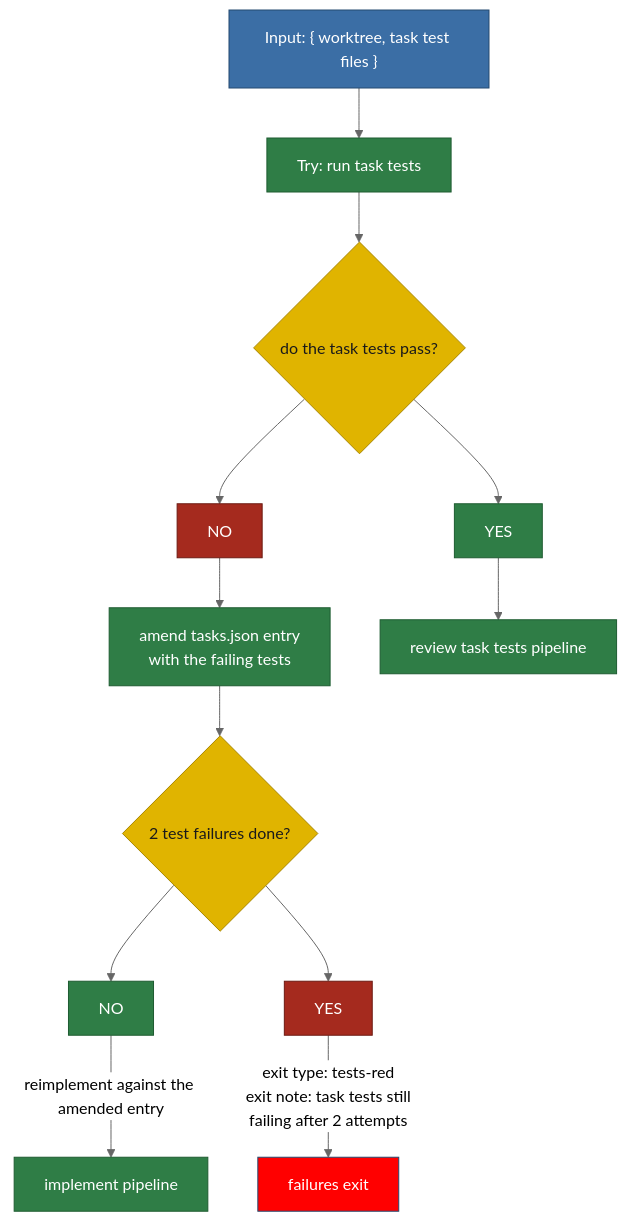
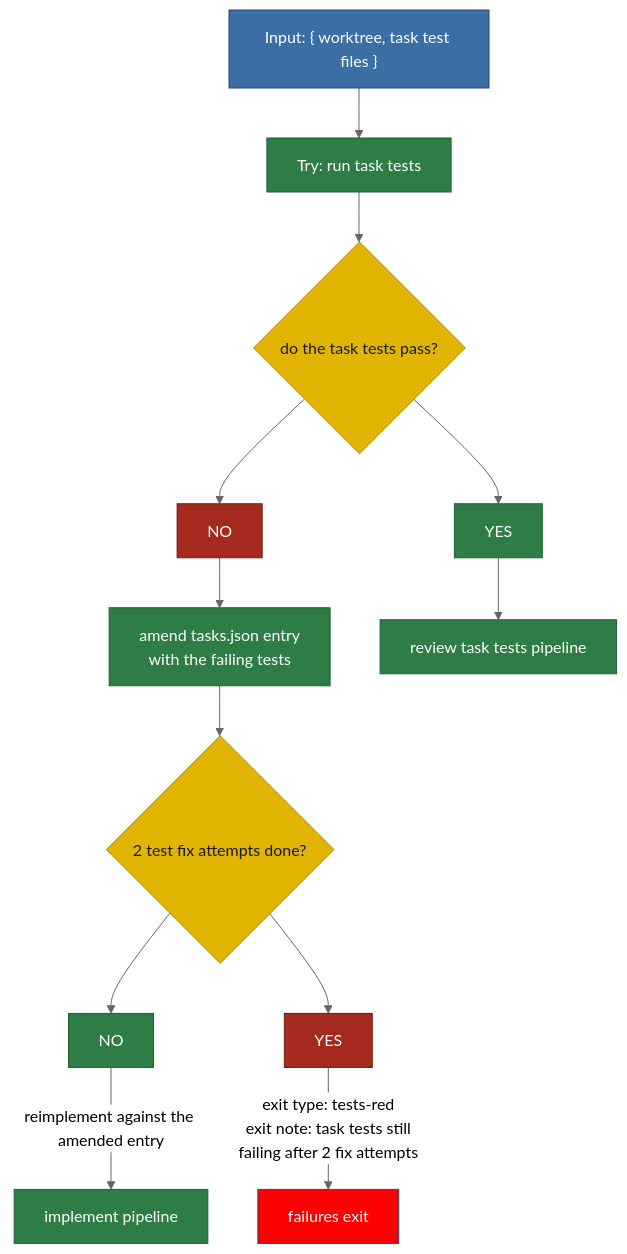
The diagram in plans/diagram/pipeline-taskTests.mmd (matkatmusic/taskTools), drawn with Mermaid (neutral theme) before and after one commit. The commit also changed 9 other files, not shown here.

Commit message:
updated pipeline diagrams after codex review #1

```diff
--- a/plans/diagram/pipeline-taskTests.mmd
+++ b/plans/diagram/pipeline-taskTests.mmd
@@ -1,65 +1,65 @@
 flowchart TB
 %% TASK TESTS PIPELINE. Split from pipeline-implementTest.mmd.
 %% Input: committed work from the implement pipeline.
 %% One job: get the task's own tests green.
 %% Starts at "run task tests". Ends green, with the run back in the implement
 %% pipeline, or with an exit.
 %% Rules that apply everywhere, not steps:
 %%   1. Every read and write of tasks.json is atomic.
 %%   2. Never progress past a test run until every task test passes.
 %%   3. A repair is never tested until it is committed, which is why a failure
 %%      re-enters the implement pipeline and not this one.
 %%   4. Every box that touches the working tree operates on every repository
 %%      layer, deepest submodule first, root last. Boxes that only read or write
 %%      tasks.json do not.
 %%   5. A script that fails operationally, as opposed to returning a verdict,
 %%      exits the run as run-failed. The task is already active and a worktree
 %%      already exists here, so the exit workflow always runs in full.
 %% Box definitions where the name alone is not enough:
 %%   do the task tests pass?      - the test run alone decides this; codex judges
 %%                                  the tests, the tests judge the work.
 %%   amend tasks.json entry       - the retry is not a bare retry. The implementor
 %%                                  reads the task entry, so the failing tests are
 %%                                  written into it or the next attempt repeats
 %%                                  the same mistake. This box also raises the
 %%                                  failure counter by one.
 %% Exit types this pipeline can produce:
-%%   tests-red          - task tests still failing after 2 attempts
+%%   tests-red          - task tests still failing after 2 fix attempts
 %%   run-failed         - a script failed operationally
 %% run-failed is deliberately not drawn as an edge out of every box. It can leave
 %% ANY green box, so drawing it would add one edge per box and hide the flow.
 %% The green implementation this pipeline emits is the input to the review task
 %% tests pipeline.
 
   COMMITTED_WORK_INPUT["Input: { worktree, task test files }"] --> RUN_TASK_TESTS
   RUN_TASK_TESTS["Try: run task tests"] --> DO_TASK_TESTS_PASS{"do the task tests pass?"}
   DO_TASK_TESTS_PASS --> DO_TASK_TESTS_PASS_YES["YES"]
   DO_TASK_TESTS_PASS --> DO_TASK_TESTS_PASS_NO["NO"]
 
   DO_TASK_TESTS_PASS_NO --> AMEND_ENTRY_WITH_FAILING_TESTS["amend tasks.json entry<br/>with the failing tests"]
-  AMEND_ENTRY_WITH_FAILING_TESTS --> ARE_2_TEST_FAILURES_DONE{"2 test failures done?"}
+  AMEND_ENTRY_WITH_FAILING_TESTS --> ARE_2_TEST_FAILURES_DONE{"2 test fix attempts done?"}
   ARE_2_TEST_FAILURES_DONE --> ARE_2_TEST_FAILURES_DONE_NO["NO"]
   ARE_2_TEST_FAILURES_DONE --> ARE_2_TEST_FAILURES_DONE_YES["YES"]
   ARE_2_TEST_FAILURES_DONE_NO -- "reimplement against the amended entry" --> IMPLEMENT_PIPELINE["implement pipeline"]
-  ARE_2_TEST_FAILURES_DONE_YES -- "exit type: tests-red<br/>exit note: task tests still<br/>failing after 2 attempts" --> EXIT_WORKFLOW
+  ARE_2_TEST_FAILURES_DONE_YES -- "exit type: tests-red<br/>exit note: task tests still<br/>failing after 2 fix attempts" --> EXIT_WORKFLOW
 
   DO_TASK_TESTS_PASS_YES --> REVIEW_TESTS_PIPELINE["review task tests pipeline"]
 
   EXIT_WORKFLOW["failures exit"]
 
   %% pass/nopass: green is the branch that keeps heading for the next pipeline,
   %% red is the branch that reimplements or ends in the exit workflow.
   classDef pipeline fill:#2f7d46,stroke:#1e5c31,color:#ffffff
   classDef script fill:#2f7d46,stroke:#1e5c31,color:#ffffff
   classDef decision fill:#e0b400,stroke:#a88600,color:#1a1a1a
   classDef output fill:#3b6ea5,stroke:#254a70,color:#ffffff
   classDef fail fill:red,stroke:#254a70,color:#ffffff
   classDef pass fill:#2f7d46,stroke:#1e5c31,color:#ffffff
   classDef nopass fill:#a52a1e,stroke:#6d1a12,color:#ffffff
   class DO_TASK_TESTS_PASS,ARE_2_TEST_FAILURES_DONE decision
   class RUN_TASK_TESTS,AMEND_ENTRY_WITH_FAILING_TESTS script
   class IMPLEMENT_PIPELINE,REVIEW_TESTS_PIPELINE pipeline
   class DO_TASK_TESTS_PASS_YES,ARE_2_TEST_FAILURES_DONE_NO pass
   class DO_TASK_TESTS_PASS_NO,ARE_2_TEST_FAILURES_DONE_YES nopass
   class EXIT_WORKFLOW fail
   class COMMITTED_WORK_INPUT output
```
